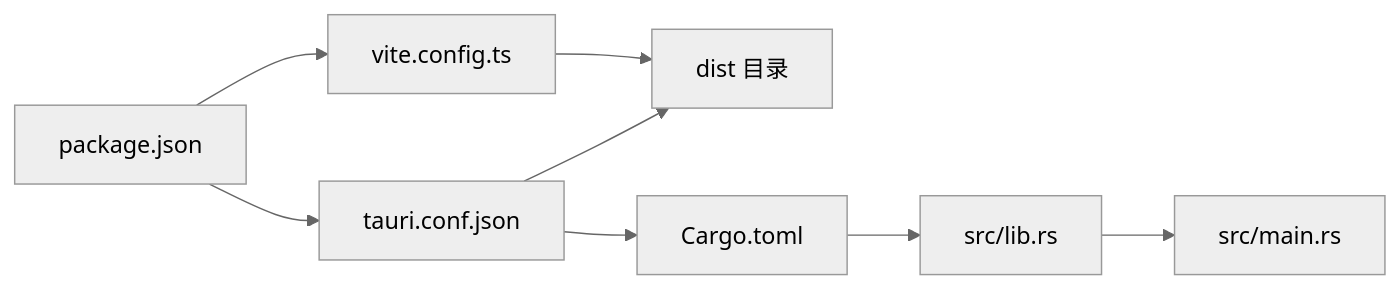
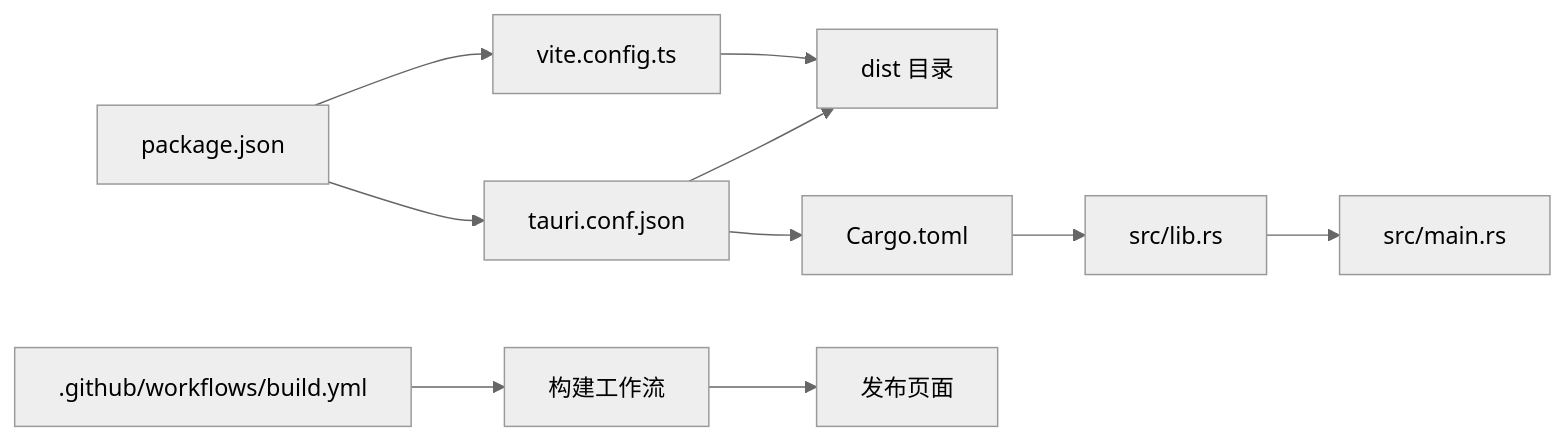
One commit to xdongliang/IPSwitcher changed the third of 3 diagrams in .qoder/repowiki/zh/content/部署指南.md. Above: the diagram before and after it, drawn with Mermaid (neutral theme). The commit also changed other lines of this file and 22 other files, not shown here.

````diff
--- a/.qoder/repowiki/zh/content/部署指南.md
+++ b/.qoder/repowiki/zh/content/部署指南.md
@@ -157,10 +182,12 @@
 ```mermaid
 graph LR
 Pkg["package.json"] --> ViteCfg["vite.config.ts"]
 Pkg --> TauriConf["tauri.conf.json"]
 ViteCfg --> Dist["dist 目录"]
 TauriConf --> Dist
 TauriConf --> CargoToml["Cargo.toml"]
 CargoToml --> LibRs["src/lib.rs"]
 LibRs --> MainRs["src/main.rs"]
+Actions[".github/workflows/build.yml"] --> Workflow["构建工作流"]
+Workflow --> Release["发布页面"]
 ```
````
